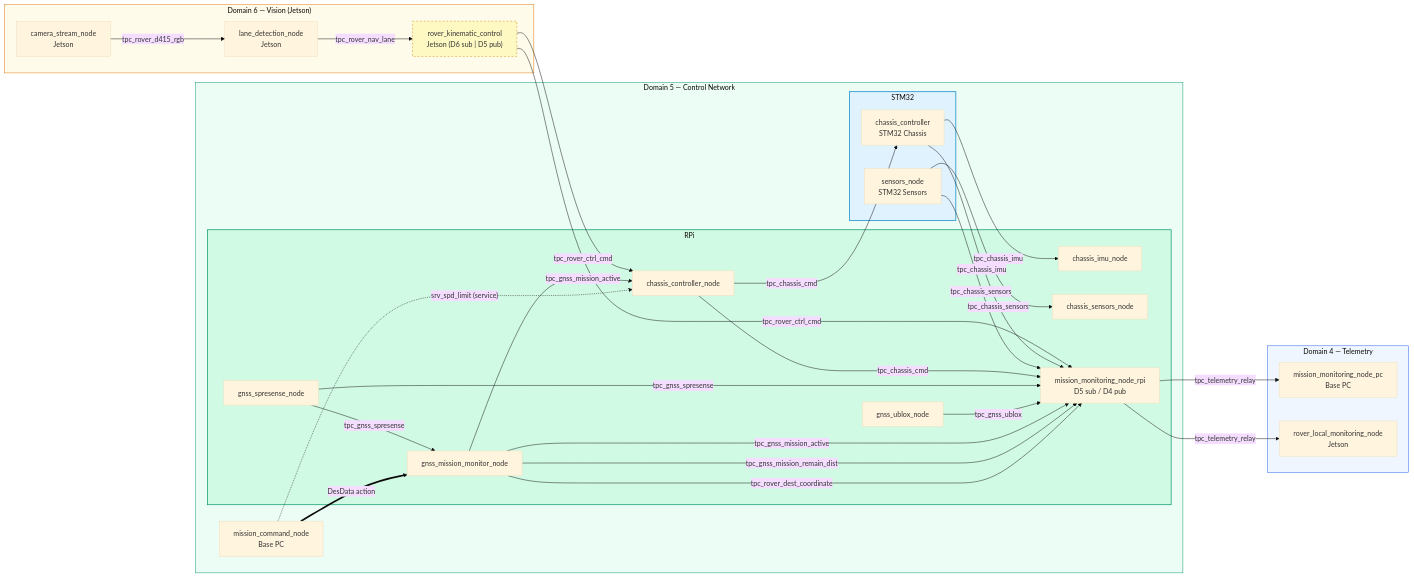
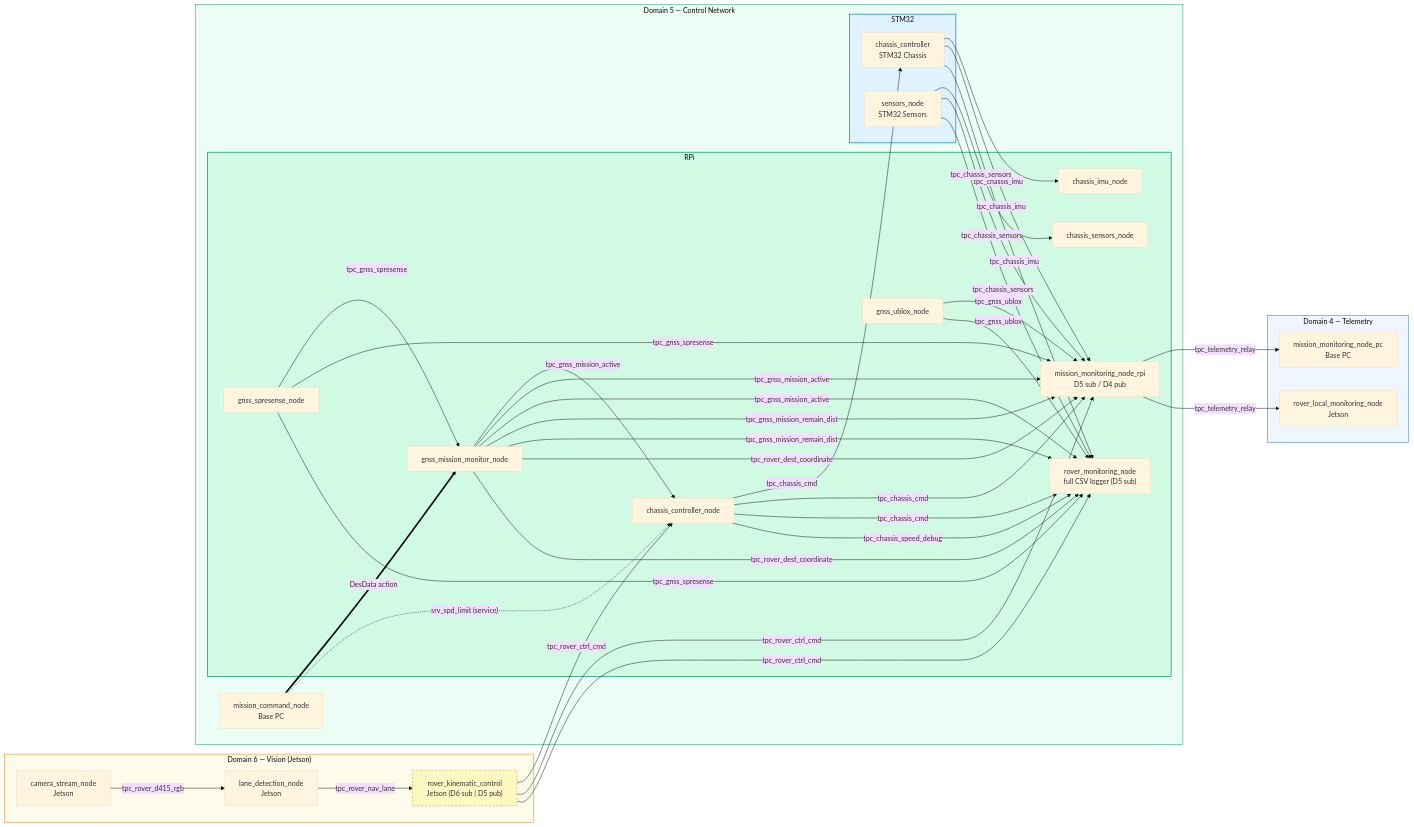
Before and after one commit to RoboticsGG/almondmatcha: the second of 2 diagrams in README.md, drawn with Mermaid. The commit also changed other lines of this file and 6 other files, not shown here.

```diff
--- a/README.md
+++ b/README.md
@@ -83,6 +83,7 @@
             RTK["gnss_ublox_node"]
             NAV["gnss_mission_monitor_node"]
             MON["mission_monitoring_node_rpi<br/>D5 sub / D4 pub"]
+            RMON["rover_monitoring_node<br/>full CSV logger (D5 sub)"]
         end
         subgraph STM32["STM32"]
             CHD["chassis_controller<br/>STM32 Chassis"]
@@ -97,29 +98,41 @@
     end
 
     %% Cross-domain relay (D6 → D5) via dual-context in rover_kinematic_control
+    %% Note: tpc_rover_nav_lane itself (raw lane data) stays D6-only, logged only
+    %% on the Jetson side -- never crosses to D5/D4, by design.
     STR -- "tpc_rover_ctrl_cmd" --> CC
     STR -- "tpc_rover_ctrl_cmd" --> MON
+    STR -- "tpc_rover_ctrl_cmd" --> RMON
 
     %% STM32 sensor data
     CHD -- "tpc_chassis_imu" --> IMU_N
     CHD -- "tpc_chassis_imu" --> MON
+    CHD -- "tpc_chassis_imu" --> RMON
     SND -- "tpc_chassis_sensors" --> SENS_N
     SND -- "tpc_chassis_sensors" --> MON
+    SND -- "tpc_chassis_sensors" --> RMON
 
     %% RPi chassis control flow
     CC -- "tpc_chassis_cmd" --> CHD
     CC -- "tpc_chassis_cmd" --> MON
+    CC -- "tpc_chassis_cmd" --> RMON
+    CC -- "tpc_chassis_speed_debug" --> RMON
 
     %% GNSS data flow
     SPRES -- "tpc_gnss_spresense" --> NAV
     SPRES -- "tpc_gnss_spresense" --> MON
+    SPRES -- "tpc_gnss_spresense" --> RMON
     RTK -- "tpc_gnss_ublox" --> MON
+    RTK -- "tpc_gnss_ublox" --> RMON
 
     %% Mission monitor outputs
     NAV -- "tpc_gnss_mission_active" --> CC
     NAV -- "tpc_gnss_mission_active" --> MON
+    NAV -- "tpc_gnss_mission_active" --> RMON
     NAV -- "tpc_gnss_mission_remain_dist" --> MON
+    NAV -- "tpc_gnss_mission_remain_dist" --> RMON
     NAV -- "tpc_rover_dest_coordinate" --> MON
+    NAV -- "tpc_rover_dest_coordinate" --> RMON
 
     %% Base station → rover (action + service)
     BCMD == "DesData action" ==> NAV
```
